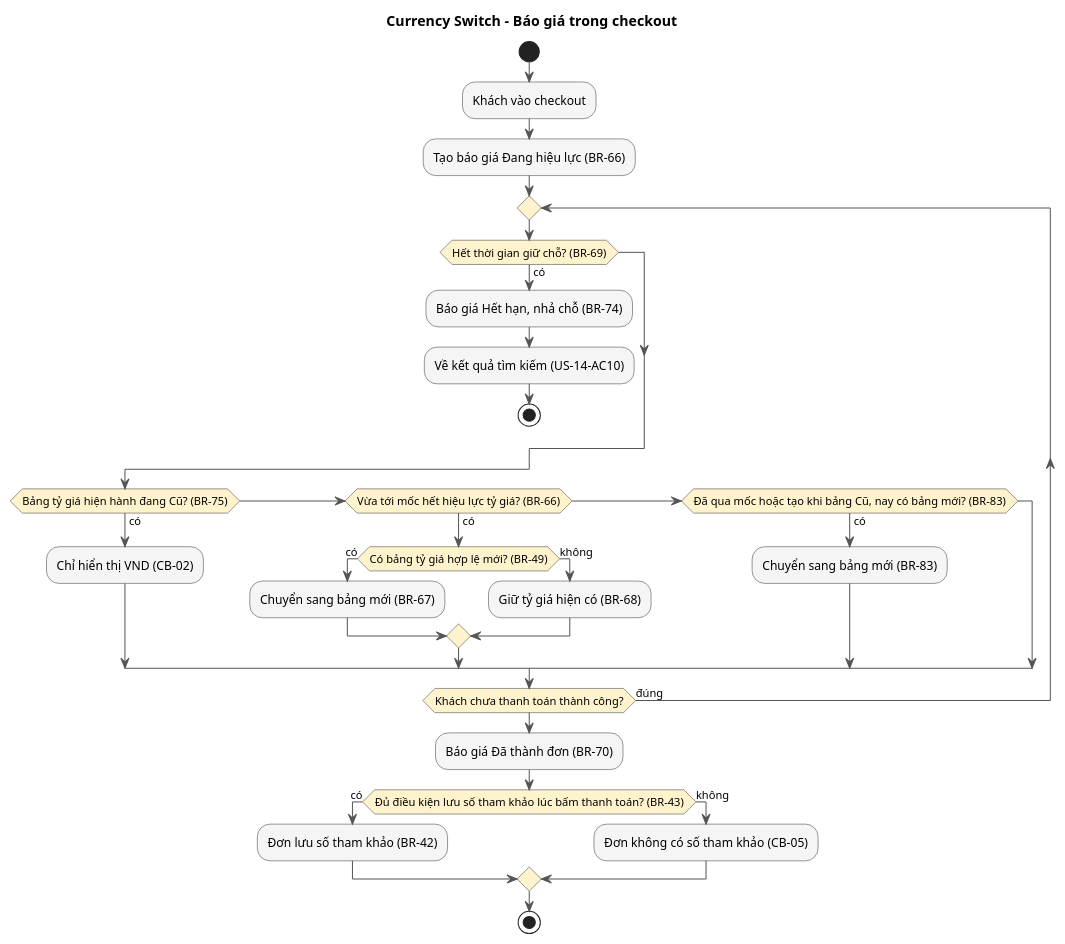
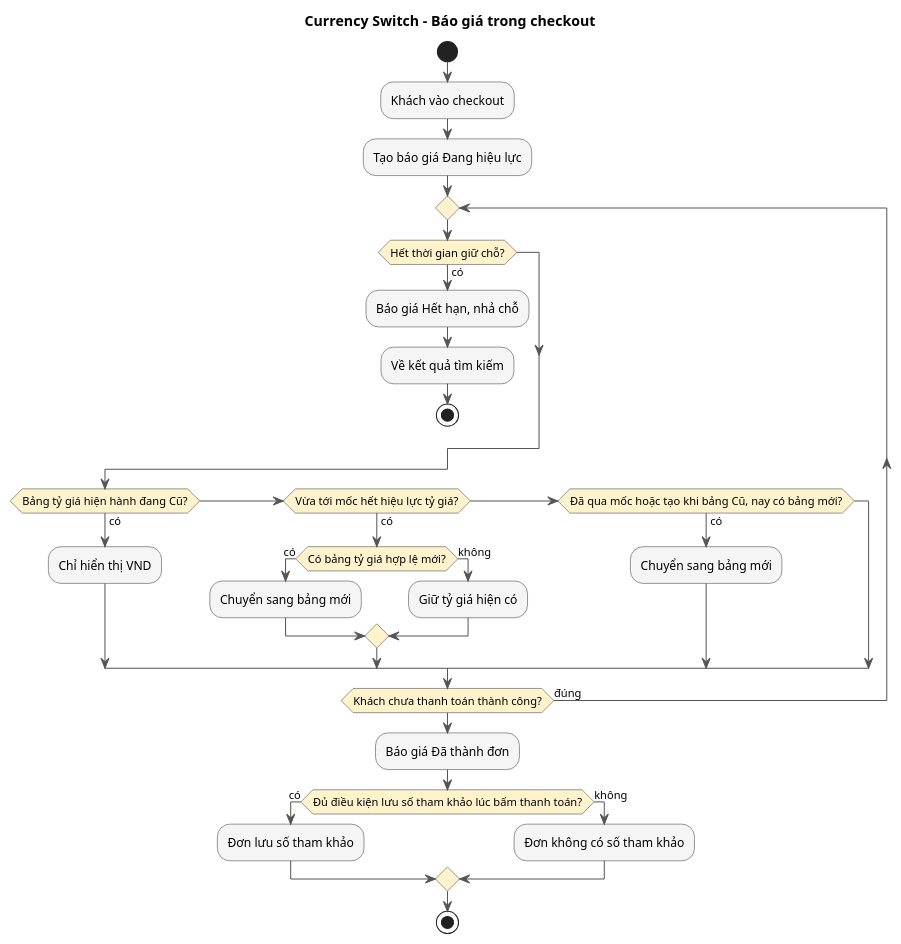
Before and after one commit to Tuon-Tun/PRD_Vexere: the second of 3 diagrams in domain-knowledge/currency-switch/PRDs/currency-switch_PRD.md, drawn with PlantUML. The commit also changed other lines of this file and 18 other files, not shown here.

````diff
--- a/domain-knowledge/currency-switch/PRDs/currency-switch_PRD.md
+++ b/domain-knowledge/currency-switch/PRDs/currency-switch_PRD.md
@@ -390,39 +294,39 @@
 ```plantuml
 @startuml
 skinparam ActivityBackgroundColor #f5f5f5
 skinparam ActivityBorderColor #333333
 skinparam ArrowColor #555555
 skinparam ActivityDiamondBackgroundColor #fff3cd
 
 title Currency Switch - Báo giá trong checkout
 
 start
 :Khách vào checkout;
-:Tạo báo giá Đang hiệu lực (BR-66);
+:Tạo báo giá Đang hiệu lực;
 repeat
-  if (Hết thời gian giữ chỗ? (BR-69)) then (có)
-    :Báo giá Hết hạn, nhả chỗ (BR-74);
-    :Về kết quả tìm kiếm (US-14-AC10);
+  if (Hết thời gian giữ chỗ?) then (có)
+    :Báo giá Hết hạn, nhả chỗ;
+    :Về kết quả tìm kiếm;
     stop
   endif
-  if (Bảng tỷ giá hiện hành đang Cũ? (BR-75)) then (có)
-    :Chỉ hiển thị VND (CB-02);
-  elseif (Vừa tới mốc hết hiệu lực tỷ giá? (BR-66)) then (có)
-    if (Có bảng tỷ giá hợp lệ mới? (BR-49)) then (có)
-      :Chuyển sang bảng mới (BR-67);
+  if (Bảng tỷ giá hiện hành đang Cũ?) then (có)
+    :Chỉ hiển thị VND;
+  elseif (Vừa tới mốc hết hiệu lực tỷ giá?) then (có)
+    if (Có bảng tỷ giá hợp lệ mới?) then (có)
+      :Chuyển sang bảng mới;
     else (không)
-      :Giữ tỷ giá hiện có (BR-68);
+      :Giữ tỷ giá hiện có;
     endif
-  elseif (Đã qua mốc hoặc tạo khi bảng Cũ, nay có bảng mới? (BR-83)) then (có)
-    :Chuyển sang bảng mới (BR-83);
+  elseif (Đã qua mốc hoặc tạo khi bảng Cũ, nay có bảng mới?) then (có)
+    :Chuyển sang bảng mới;
   endif
 repeat while (Khách chưa thanh toán thành công?) is (đúng)
-:Báo giá Đã thành đơn (BR-70);
-if (Đủ điều kiện lưu số tham khảo lúc bấm thanh toán? (BR-43)) then (có)
-  :Đơn lưu số tham khảo (BR-42);
+:Báo giá Đã thành đơn;
+if (Đủ điều kiện lưu số tham khảo lúc bấm thanh toán?) then (có)
+  :Đơn lưu số tham khảo;
 else (không)
-  :Đơn không có số tham khảo (CB-05);
+  :Đơn không có số tham khảo;
 endif
 stop
 @enduml
 ```
````
